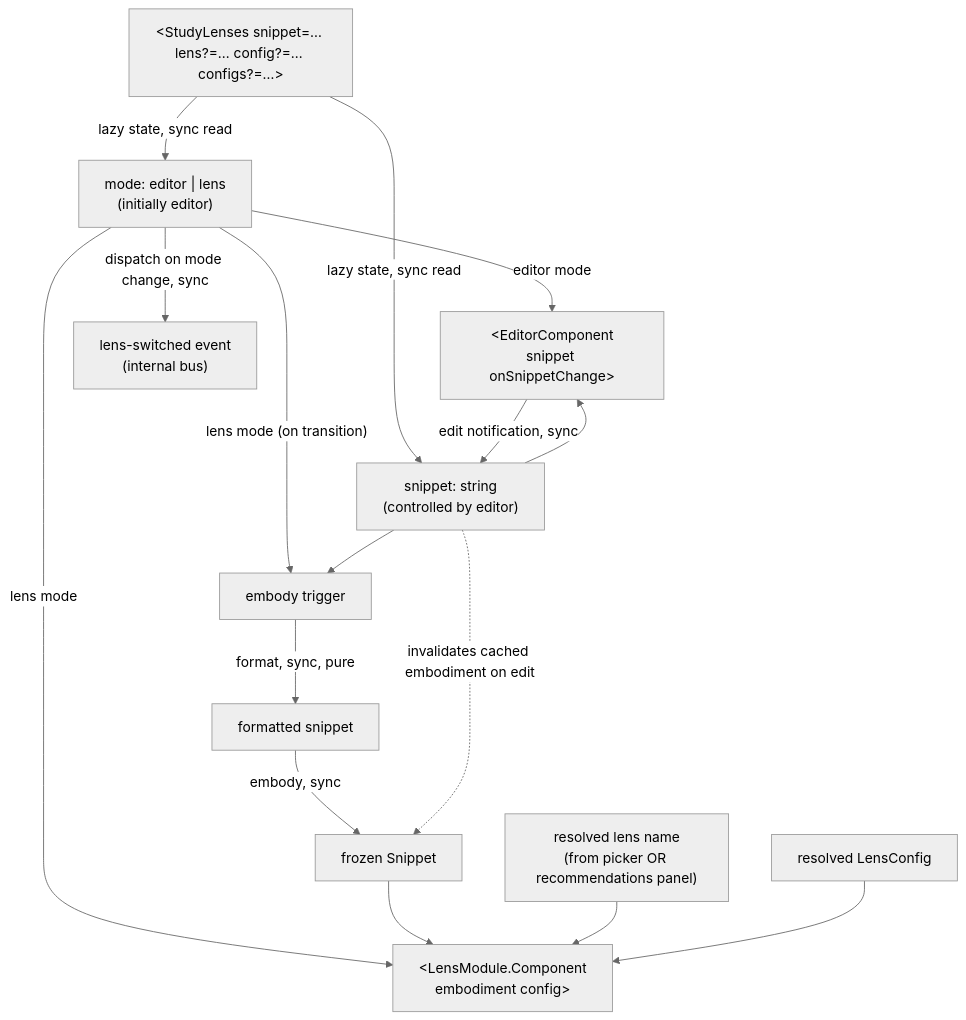
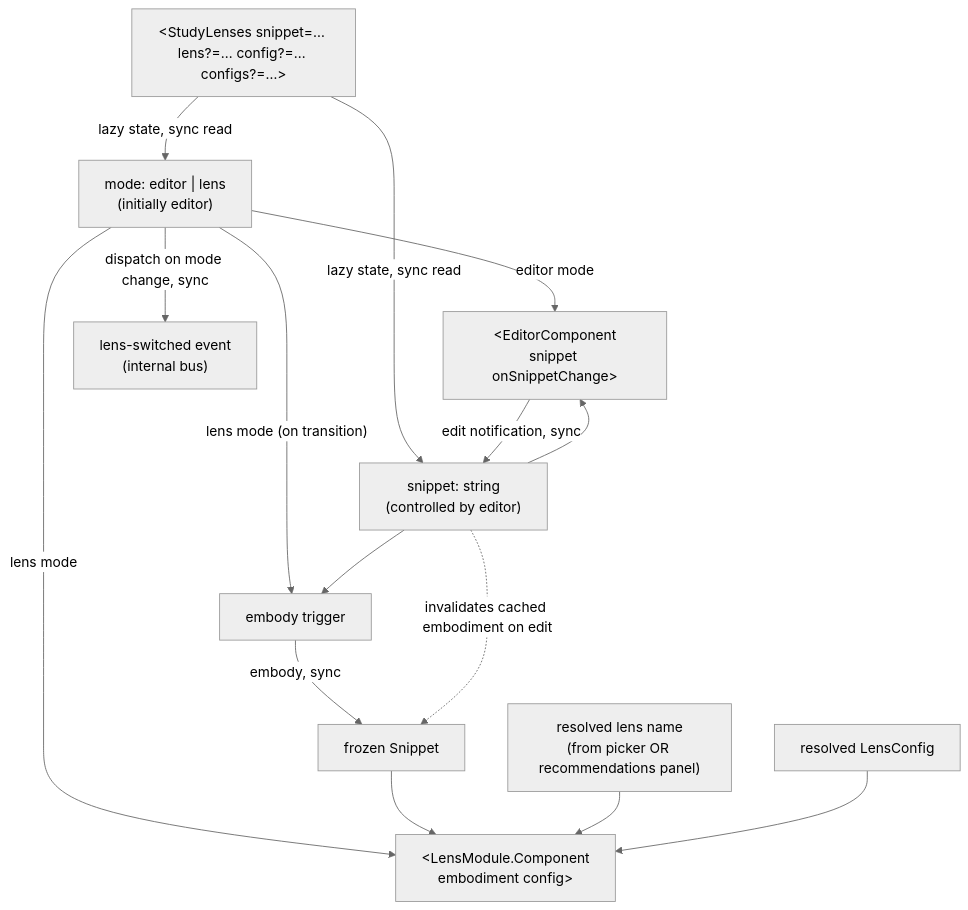
Before and after one commit to codeschoolinabox/curricula: the third of 4 diagrams in src/lib/welcome-to-programming/just-enough/javascript/orchestrate/DOCS.md, drawn with Mermaid (neutral theme). The commit also changed other lines of this file and 4 other files, not shown here.

````diff
--- a/src/lib/welcome-to-programming/just-enough/javascript/orchestrate/DOCS.md
+++ b/src/lib/welcome-to-programming/just-enough/javascript/orchestrate/DOCS.md
@@ -183,25 +207,24 @@
 ```mermaid
 flowchart TD
     Props["&lt;StudyLenses snippet=… lens?=… config?=… configs?=…&gt;"]
 
     Props -->|"lazy state, sync read"| Mode["mode: editor | lens<br/>(initially editor)"]
     Props -->|"lazy state, sync read"| SnippetState["snippet: string<br/>(controlled by editor)"]
 
     Mode -->|"editor mode"| EditorMount["&lt;EditorComponent<br/>snippet onSnippetChange&gt;"]
     SnippetState --> EditorMount
     EditorMount -->|"edit notification, sync"| SnippetState
 
     Mode -->|"lens mode (on transition)"| EmbodyTrigger["embody trigger"]
     SnippetState --> EmbodyTrigger
-    EmbodyTrigger -->|"format, sync, pure"| Formatted["formatted snippet"]
-    Formatted -->|"embody, sync"| Embodiment["frozen Snippet"]
+    EmbodyTrigger -->|"embody, sync"| Embodiment["frozen Snippet"]
 
     Mode -->|"lens mode"| LensMount["&lt;LensModule.Component<br/>embodiment config&gt;"]
     Embodiment --> LensMount
     LensProp["resolved lens name<br/>(from picker OR recommendations panel)"] --> LensMount
     ConfigProp["resolved LensConfig"] --> LensMount
 
     Mode -->|"dispatch on mode change, sync"| InternalBus["lens-switched event<br/>(internal bus)"]
 
     SnippetState -.invalidates cached embodiment on edit.-> Embodiment
 ```
````
